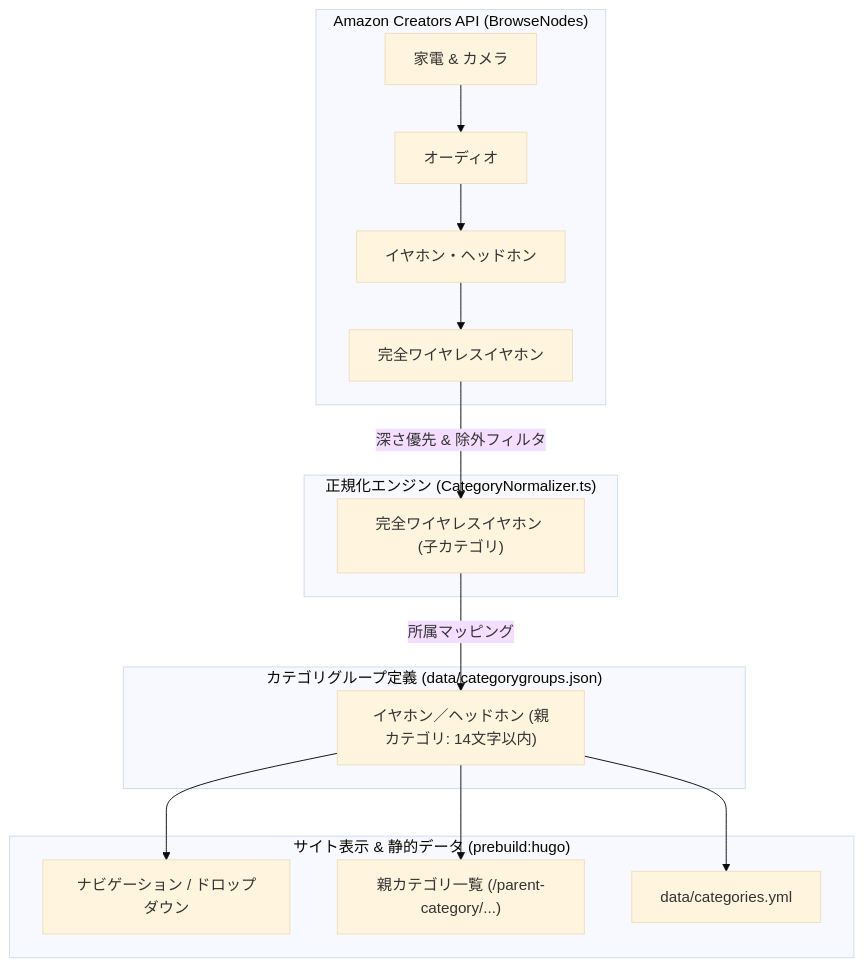
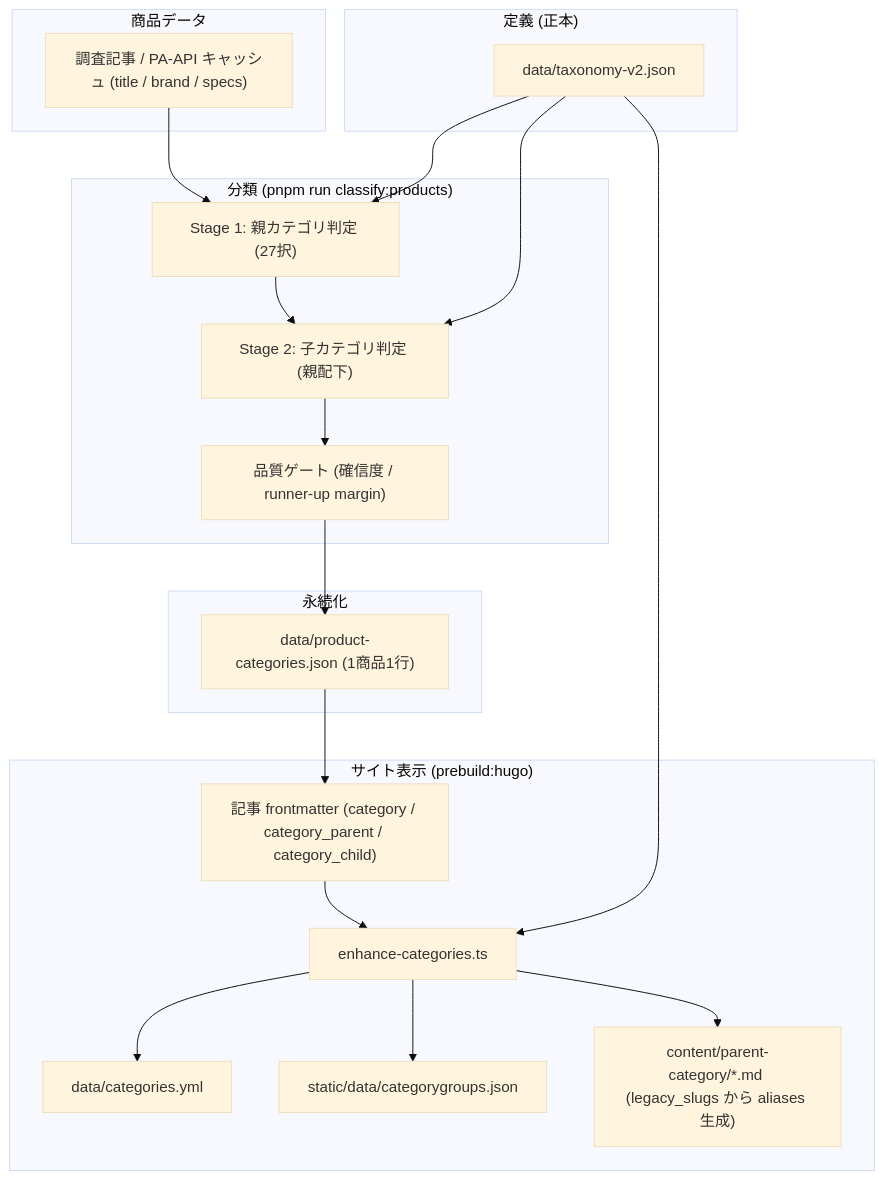
Before and after one commit to aegisfleet/amazon-product-article: the diagram in docs/category-management.md, drawn with Mermaid (base theme). The commit also changed other lines of this file and 52 other files, not shown here.

````diff
--- a/docs/category-management.md
+++ b/docs/category-management.md
@@ -11,20 +11,31 @@
 ```mermaid
 graph TD
-    subgraph RawData["Amazon Creators API (BrowseNodes)"]
-        BN1["家電 & カメラ"] --> BN2["オーディオ"] --> BN3["イヤホン・ヘッドホン"] --> BN4["完全ワイヤレスイヤホン"]
+    subgraph Input["商品データ"]
+        Art["調査記事 / PA-API キャッシュ (title / brand / specs)"]
     end
 
-    subgraph Normalization["正規化エンジン (CategoryNormalizer.ts)"]
-        BN4 -->|"深さ優先 & 除外フィルタ"| ChildCat["完全ワイヤレスイヤホン (子カテゴリ)"]
+    subgraph Classify["分類 (pnpm run classify:products)"]
+        Art --> G1["Stage 1: 親カテゴリ判定 (27択)"]
+        G1 --> G2["Stage 2: 子カテゴリ判定 (親配下)"]
+        G2 --> Gate["品質ゲート (確信度 / runner-up margin)"]
     end
 
-    subgraph Grouping["カテゴリグループ定義 (data/categorygroups.json)"]
-        ChildCat -->|"所属マッピング"| ParentCat["イヤホン／ヘッドホン (親カテゴリ: 14文字以内)"]
+    subgraph Store["永続化"]
+        Gate --> PC["data/product-categories.json (1商品1行)"]
     end
 
-    subgraph Output["サイト表示 & 静的データ (prebuild:hugo)"]
-        ParentCat --> WebNav["ナビゲーション / ドロップダウン"]
-        ParentCat --> ParentPage["親カテゴリ一覧 (/parent-category/...)"]
-        ParentCat --> YamlData["data/categories.yml"]
+    subgraph Definition["定義 (正本)"]
+        TX["data/taxonomy-v2.json"]
+        TX --> G1
+        TX --> G2
+    end
+
+    subgraph Output["サイト表示 (prebuild:hugo)"]
+        PC --> Article["記事 frontmatter (category / category_parent / category_child)"]
+        TX --> Enhance["enhance-categories.ts"]
+        Article --> Enhance
+        Enhance --> Yaml["data/categories.yml"]
+        Enhance --> Static["static/data/categorygroups.json"]
+        Enhance --> Parent["content/parent-category/*.md (legacy_slugs から aliases 生成)"]
     end
 ```
````
